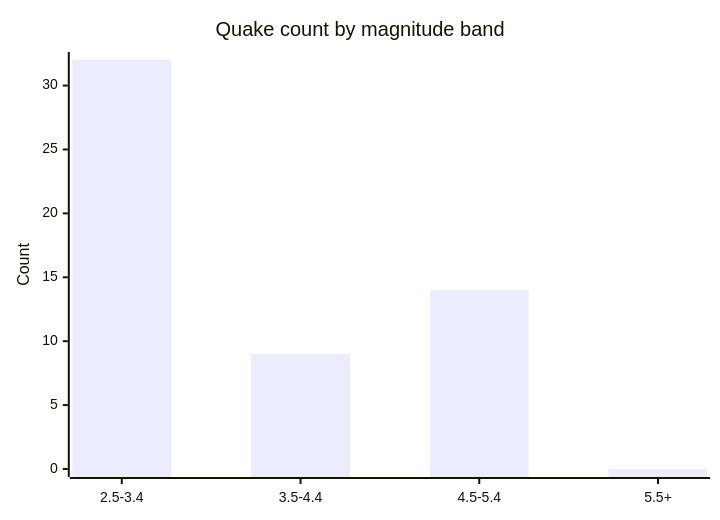
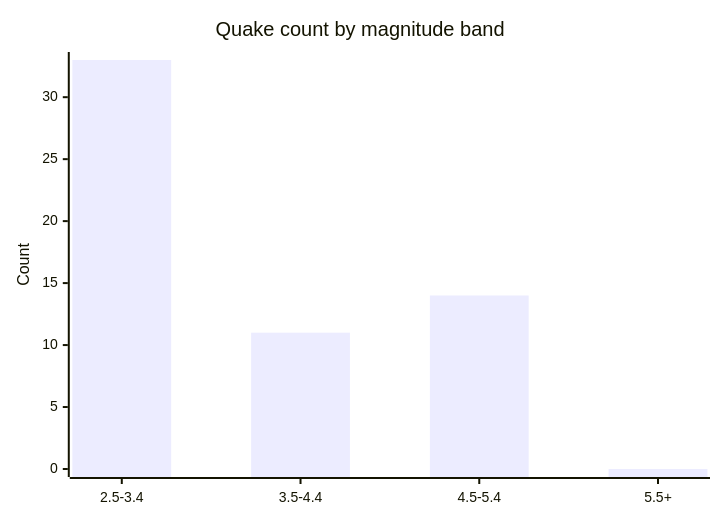
One commit to Midwest-Stratospheric/aerostratospheric-defense-gir changed the fifth of 6 diagrams in docs/GRAPHS.md. Above: the diagram before and after it, drawn with Mermaid. The commit also changed other lines of this file and 22 other files, not shown here.

````diff
--- a/docs/GRAPHS.md
+++ b/docs/GRAPHS.md
@@ -82,7 +82,7 @@
 ```mermaid
 xychart-beta
   title "Quake count by magnitude band"
   x-axis ["2.5-3.4", "3.5-4.4", "4.5-5.4", "5.5+"]
-  y-axis "Count" 0 --> 32
-  bar [32, 9, 14, 0]
+  y-axis "Count" 0 --> 33
+  bar [33, 11, 14, 0]
 ```
````
